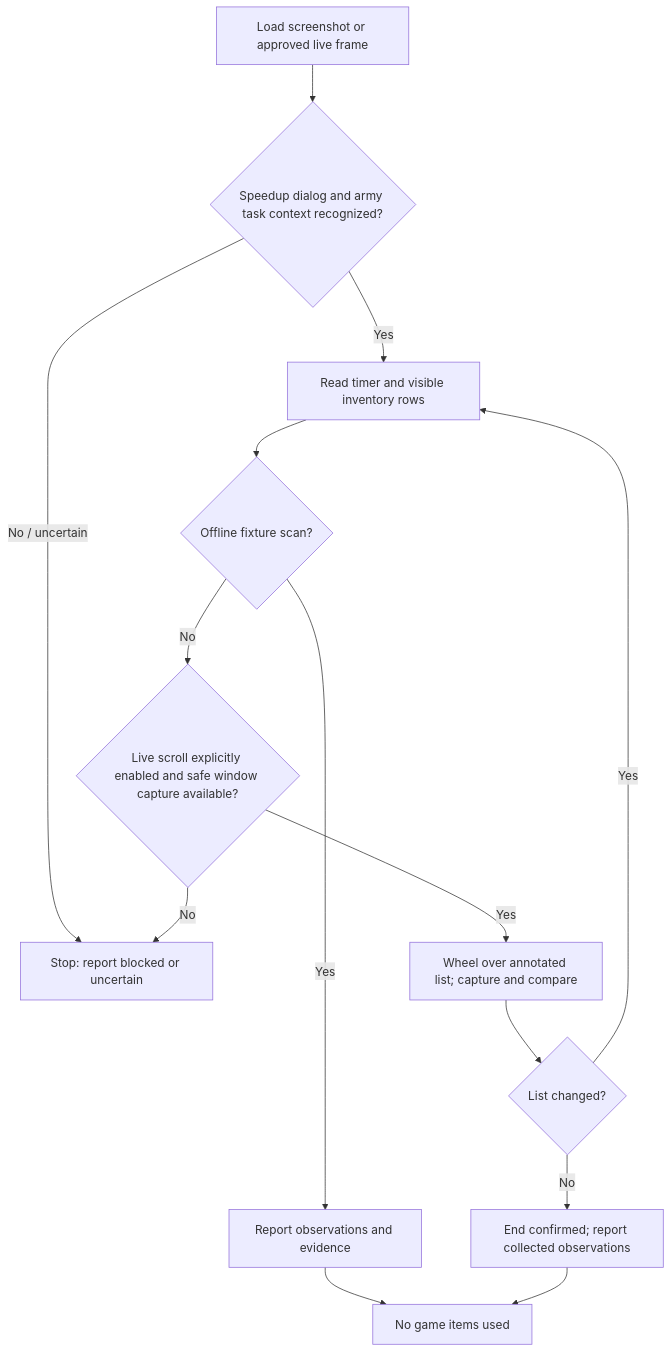
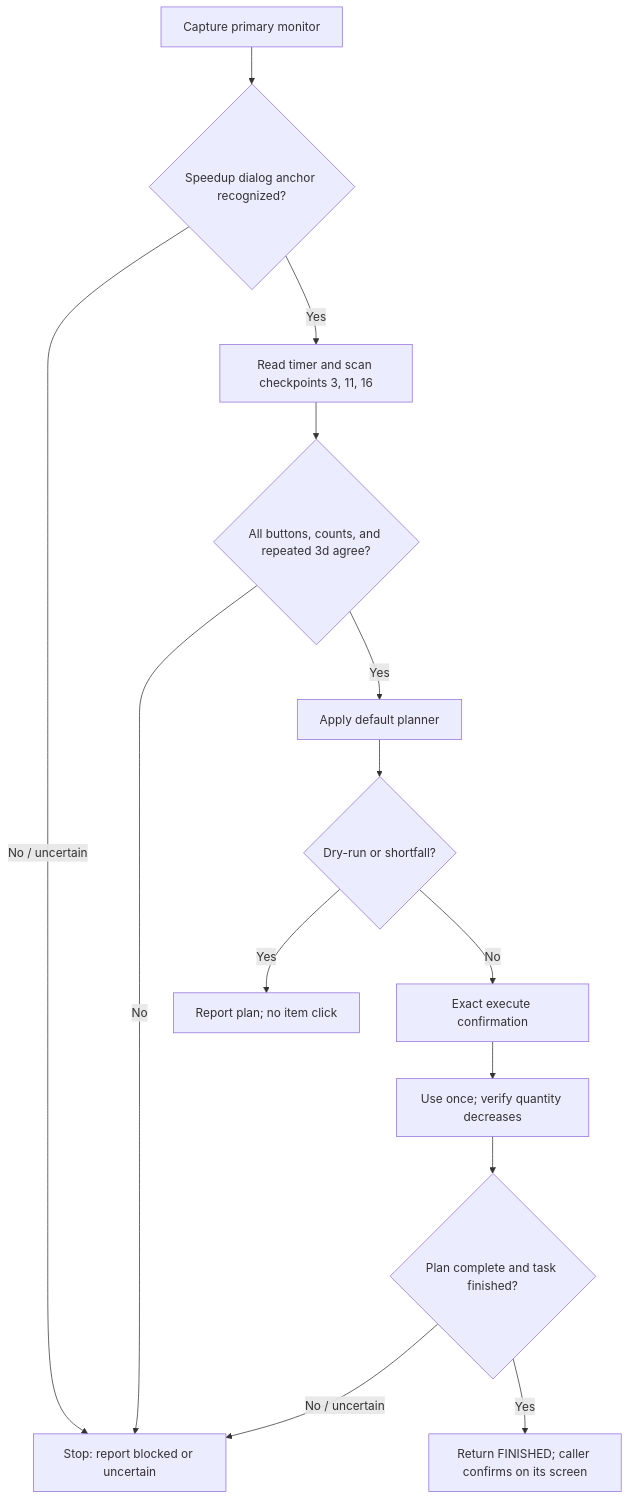
Before and after one commit to zaratedaniela692-rgb/tba_km: the third of 3 diagrams in docs/game/speedup_module_workflow.md, drawn with Mermaid. The commit also changed other lines of this file and 46 other files, not shown here.

````diff
--- a/docs/game/speedup_module_workflow.md
+++ b/docs/game/speedup_module_workflow.md
@@ -239,16 +279,16 @@
 ```mermaid
 flowchart TD
-    A[Load screenshot or approved live frame] --> B{Speedup dialog and army task context recognized?}
+    A[Capture primary monitor] --> B{Speedup dialog anchor recognized?}
     B -- No / uncertain --> X[Stop: report blocked or uncertain]
-    B -- Yes --> C[Read timer and visible inventory rows]
-    C --> D{Offline fixture scan?}
-    D -- Yes --> G[Report observations and evidence]
-    D -- No --> E{Live scroll explicitly enabled and safe window capture available?}
-    E -- No --> X
-    E -- Yes --> F[Wheel over annotated list; capture and compare]
-    F --> H{List changed?}
-    H -- Yes --> C
-    H -- No --> I[End confirmed; report collected observations]
-    G --> J[No game items used]
-    I --> J
+    B -- Yes --> C[Read timer and scan checkpoints 3, 11, 16]
+    C --> D{All buttons, counts, and repeated 3d agree?}
+    D -- No --> X
+    D -- Yes --> E[Apply default planner]
+    E --> F{Dry-run or shortfall?}
+    F -- Yes --> G[Report plan; no item click]
+    F -- No --> H[Exact execute confirmation]
+    H --> I[Use once; verify quantity decreases]
+    I --> J{Plan complete and task finished?}
+    J -- No / uncertain --> X
+    J -- Yes --> K[Return FINISHED; caller confirms on its screen]
 ```
````
